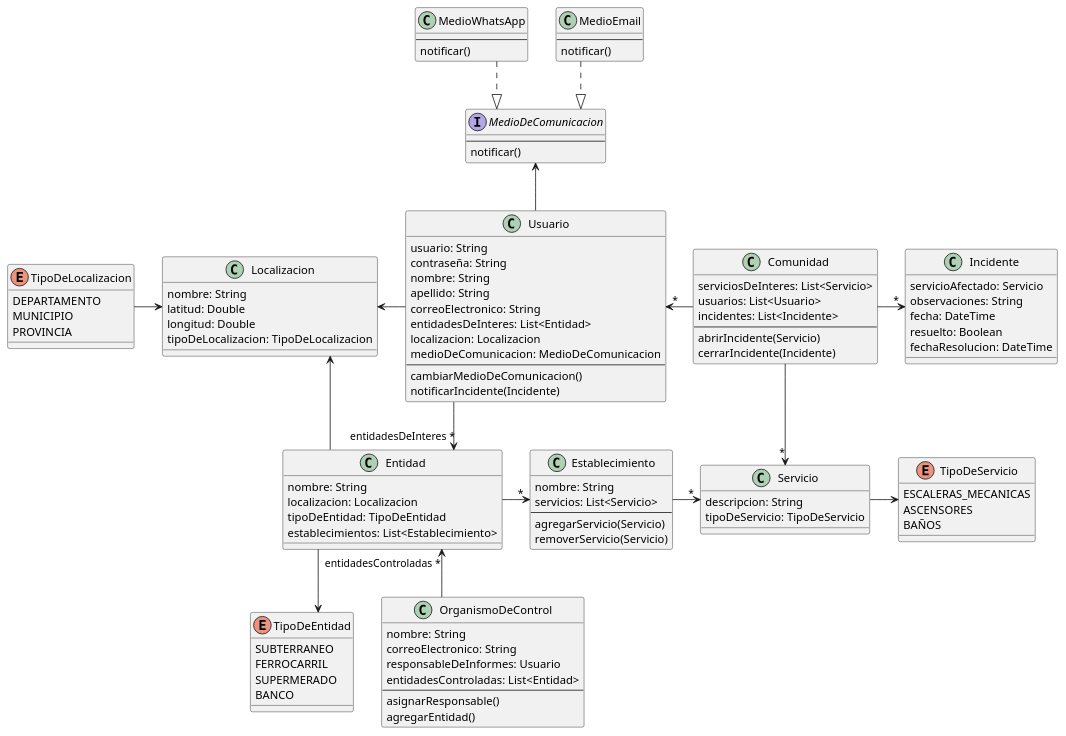
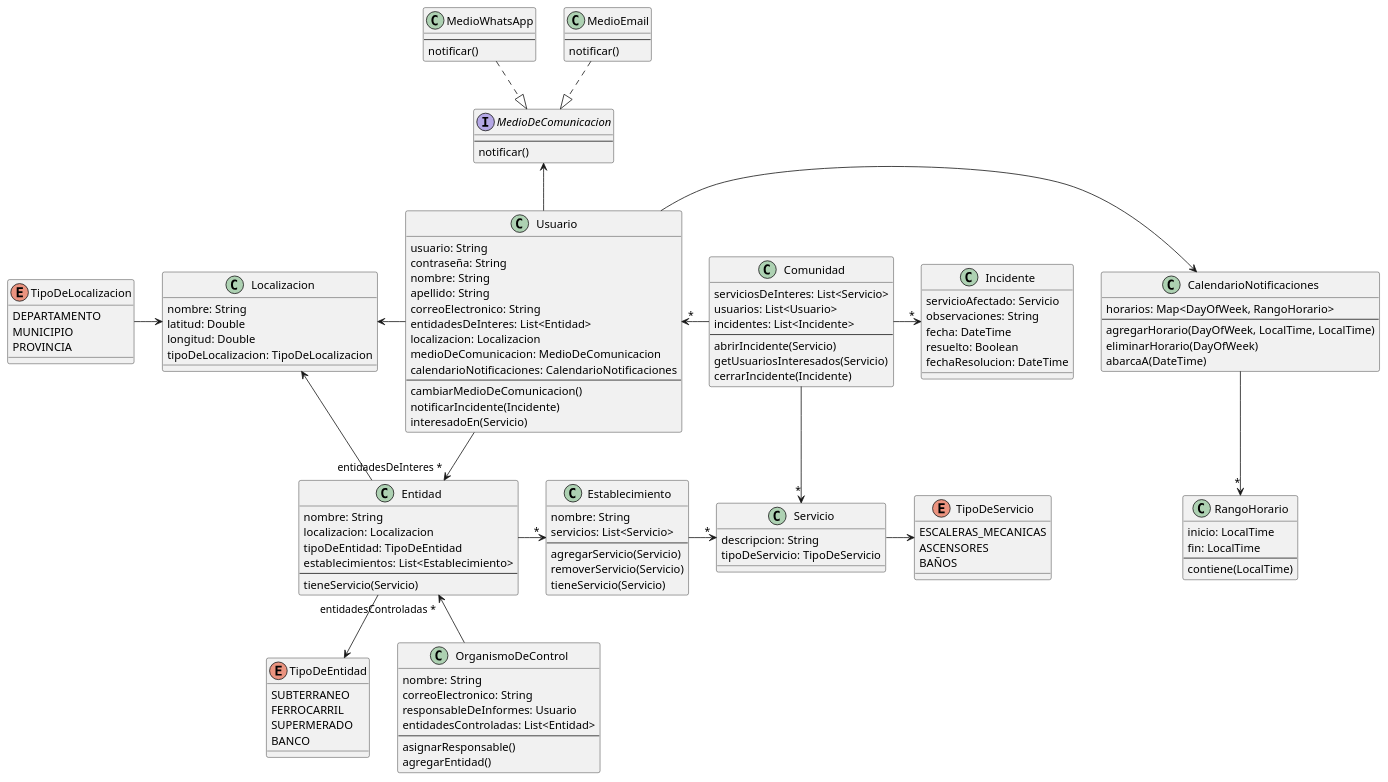
The diagram in docs/entrega-3/clases_mm.puml (ValenAquino/tp-dds-2023), drawn with PlantUML before and after one commit.

Commit message:
docs(clases_mm): notificar usuario segun horario

```diff
--- a/docs/entrega-3/clases_mm.puml
+++ b/docs/entrega-3/clases_mm.puml
@@ -1,139 +1,144 @@
 @startuml TPA3-Clases
-skinparam linetype ortho
 
 ' Supermercado, Centro Comunal, Banco, ...
 class Entidad {
   nombre: String
   localizacion: Localizacion
   tipoDeEntidad: TipoDeEntidad
   establecimientos: List<Establecimiento>
+  --
+  tieneServicio(Servicio)
 }
 
 ' Sucursal, Estacion, ...
 class Establecimiento {
   nombre: String
   servicios: List<Servicio>
   --
   agregarServicio(Servicio)
   removerServicio(Servicio)
+  tieneServicio(Servicio)
 }
 
 class Servicio {
   descripcion: String
   tipoDeServicio: TipoDeServicio
 }
 
 enum TipoDeServicio {
   ESCALERAS_MECANICAS
   ASCENSORES
   BAÑOS
 }
 
 enum TipoDeEntidad {
   SUBTERRANEO
   FERROCARRIL
   SUPERMERADO
   BANCO
 }
 
 class Usuario {
   usuario: String
   contraseña: String
   nombre: String
   apellido: String
   correoElectronico: String
   entidadesDeInteres: List<Entidad>
   localizacion: Localizacion
   medioDeComunicacion: MedioDeComunicacion
+  calendarioNotificaciones: CalendarioNotificaciones
   --
   cambiarMedioDeComunicacion()
   notificarIncidente(Incidente)
+  interesadoEn(Servicio)
+}
+
+class RangoHorario {
+  inicio: LocalTime
+  fin: LocalTime
+  --
+  contiene(LocalTime)
+}
+
+class CalendarioNotificaciones {
+  horarios: Map<DayOfWeek, RangoHorario>
+  --
+  agregarHorario(DayOfWeek, LocalTime, LocalTime)
+  eliminarHorario(DayOfWeek)
+  abarcaA(DateTime)
 }
 
 interface MedioDeComunicacion {
   --
   notificar()
 }
 class MedioWhatsApp {
   --
   notificar()
 }
 class MedioEmail {
   --
   notificar()
 }
 
 class Localizacion {
   nombre: String
   latitud: Double
   longitud: Double
   tipoDeLocalizacion: TipoDeLocalizacion
 }
 
 enum TipoDeLocalizacion {
   DEPARTAMENTO
   MUNICIPIO
   PROVINCIA
 }
 
 class OrganismoDeControl {
   nombre: String
   correoElectronico: String
   responsableDeInformes: Usuario
   entidadesControladas: List<Entidad>
   --
   asignarResponsable()
   agregarEntidad()
 }
 
 class Incidente {
   servicioAfectado: Servicio
   observaciones: String
   fecha: DateTime
   resuelto: Boolean
   fechaResolucion: DateTime
 }
 
 class Comunidad {
   serviciosDeInteres: List<Servicio>
   usuarios: List<Usuario>
   incidentes: List<Incidente>
   --
   abrirIncidente(Servicio)
+  getUsuariosInteresados(Servicio)
   cerrarIncidente(Incidente)
 }
 
-/'
-# Comunidad
-void abrirIncidente(Servicio servicio) {
-  var incidente = new Incidente(servicio, "")
-  incidentes.add(incidente)
-  usuarios.forEach(u -> u.notificarIncidente(incidente))
-}
-
-void cerrarIncidente(Incidente incidente) {
-  var incidente = incidentes.find(i -> i.equals(incidente))
-  incidente.resuelto = true
-  incidente.fechaResolucion = getDate()
-}
-'/
-
-
+Usuario -up-> MedioDeComunicacion
+Usuario -> CalendarioNotificaciones
+CalendarioNotificaciones -->"*" RangoHorario
 Entidad ->"*" Establecimiento
 Entidad --> TipoDeEntidad
 Establecimiento ->"*" Servicio
 Servicio -> TipoDeServicio
 Usuario -->"entidadesDeInteres *" Entidad
 Localizacion <- Usuario
 Localizacion <- Entidad
 TipoDeLocalizacion -> Localizacion
 Entidad "entidadesControladas *"<-- OrganismoDeControl
 Comunidad -->"*" Servicio
 Usuario "*"<- Comunidad
 Comunidad ->"*" Incidente
-Usuario -up-> MedioDeComunicacion
 MedioWhatsApp ..|> MedioDeComunicacion
 MedioEmail ..|> MedioDeComunicacion
 
-
 @enduml
```
